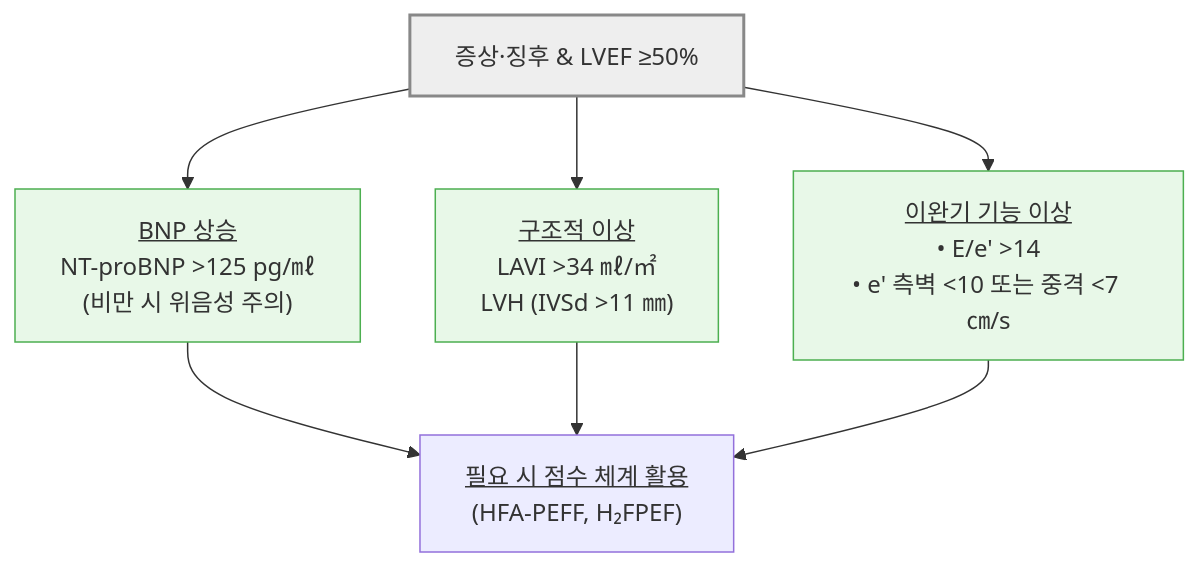
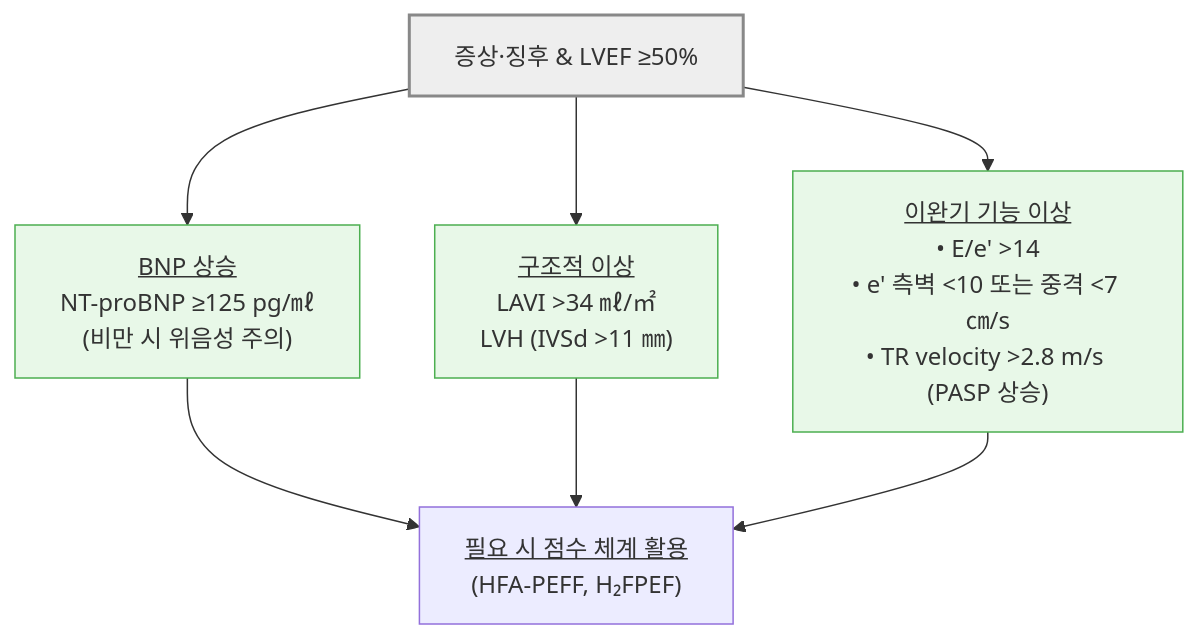
The first of 6 diagrams in 225_/098_-heart-failure.md (familyoh77/familyoh77), drawn with Mermaid before and after one commit. The commit also changed other lines of this file, not shown here.

````diff
--- a/225_/098_-heart-failure.md
+++ b/225_/098_-heart-failure.md
@@ -99,13 +99,13 @@
 ```mermaid
 flowchart TD
-    A["증상·징후 & LVEF ≥50%"] --> B["<u>BNP 상승</u>\nNT-proBNP >125 pg/㎖\n(비만 시 위음성 주의)"]
+    A["증상·징후 & LVEF ≥50%"] --> B["<u>BNP 상승</u>\nNT-proBNP ≥125 pg/㎖\n(비만 시 위음성 주의)"]
     A --> C["<u>구조적 이상</u>\nLAVI >34 ㎖/㎡\nLVH (IVSd >11 ㎜)"]
-    A --> D["<u>이완기 기능 이상</u>\n• E/e' >14\n• e' 측벽 <10 또는 중격 <7 ㎝/s"]
+    A --> D["<u>이완기 기능 이상</u>\n• E/e' >14\n• e' 측벽 <10 또는 중격 <7 ㎝/s\n• TR velocity >2.8 m/s (PASP 상승)"]
     B --> E["<u>필요 시 점수 체계 활용</u>\n(HFA-PEFF, H₂FPEF)"]
     C --> E
     D --> E
 
 style A fill:#eeeeee,stroke:#888888,stroke-width:2px
 classDef lightGreen fill:#e8f8e8,stroke:#4caf50
 class B,C,D lightGreen
 ```
````
